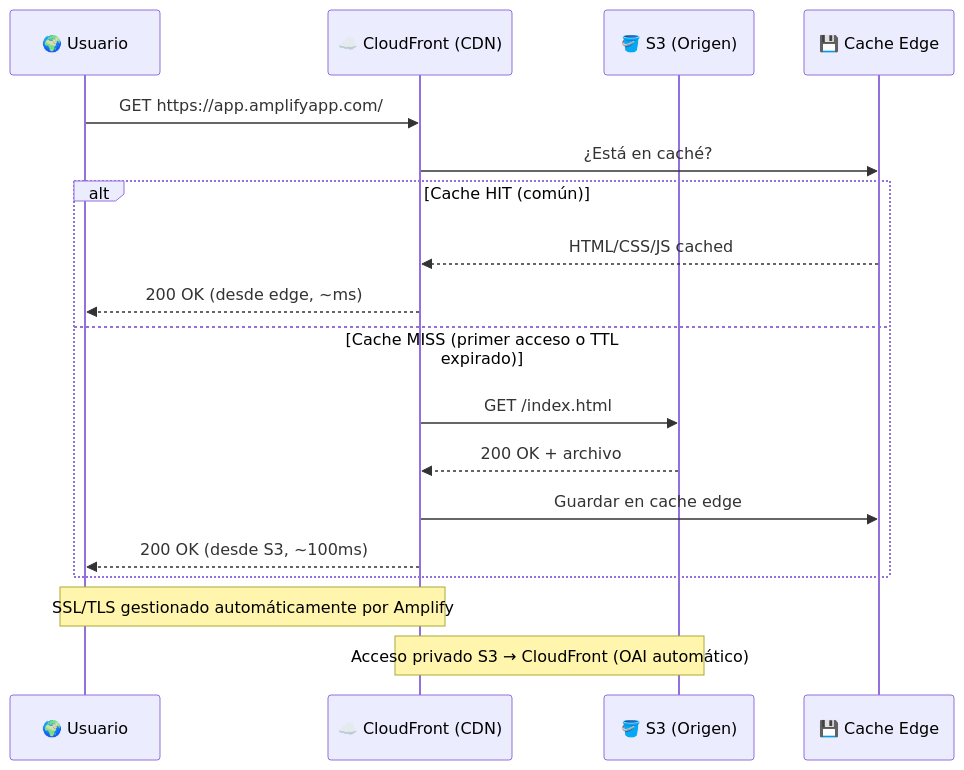
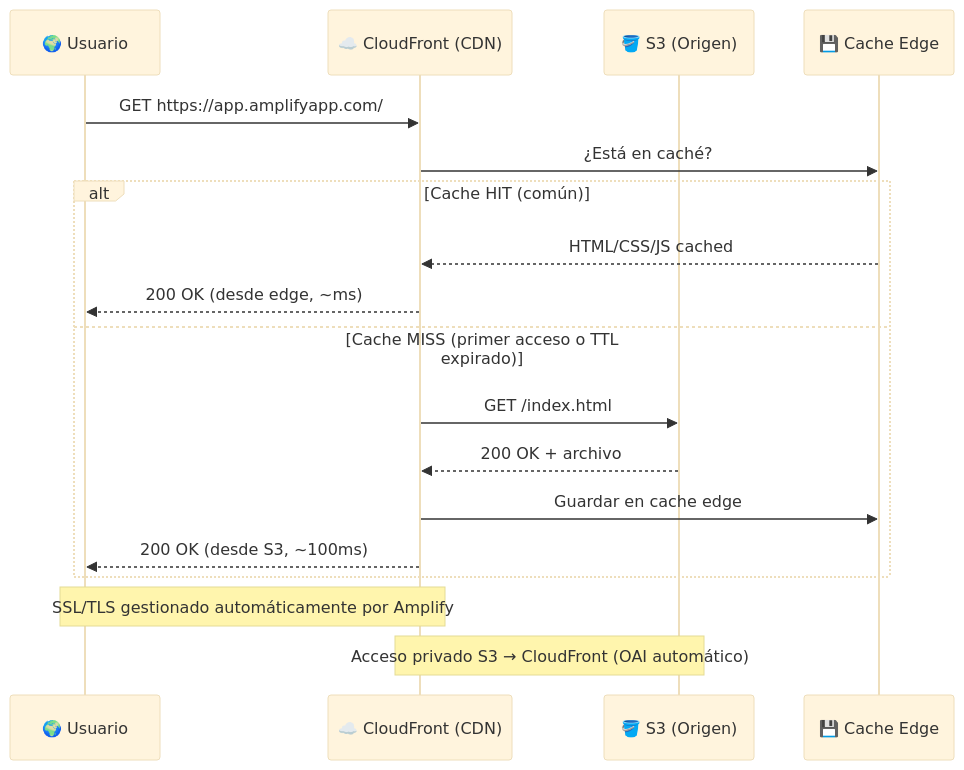
One commit to vladimiracunadev-create/proyectos-aws changed the second of 3 diagrams in caso-a-amplify/docs/architecture.md. Above: the diagram before and after it, drawn with Mermaid. The commit also changed other lines of this file and 6 other files, not shown here.

Commit message:
docs: mass optimization of architecture diagrams for all completed cases (A, B, C, D, J, K, L) - vertical flow and premium styles

````diff
--- a/caso-a-amplify/docs/architecture.md
+++ b/caso-a-amplify/docs/architecture.md
@@ -62,23 +66,24 @@
 ```mermaid
+%%{init: {'theme': 'base', 'themeVariables': { 'fontsize': '16px' }}}%%
 sequenceDiagram
     participant U as 🌍 Usuario
     participant CF as ☁️ CloudFront (CDN)
     participant S3 as 🪣 S3 (Origen)
     participant Cache as 💾 Cache Edge
 
     U->>CF: GET https://app.amplifyapp.com/
     CF->>Cache: ¿Está en caché?
 
     alt Cache HIT (común)
         Cache-->>CF: HTML/CSS/JS cached
         CF-->>U: 200 OK (desde edge, ~ms)
     else Cache MISS (primer acceso o TTL expirado)
         CF->>S3: GET /index.html
         S3-->>CF: 200 OK + archivo
         CF->>Cache: Guardar en cache edge
         CF-->>U: 200 OK (desde S3, ~100ms)
     end
 
     Note over U,CF: SSL/TLS gestionado automáticamente por Amplify
     Note over CF,S3: Acceso privado S3 → CloudFront (OAI automático)
 ```
````
